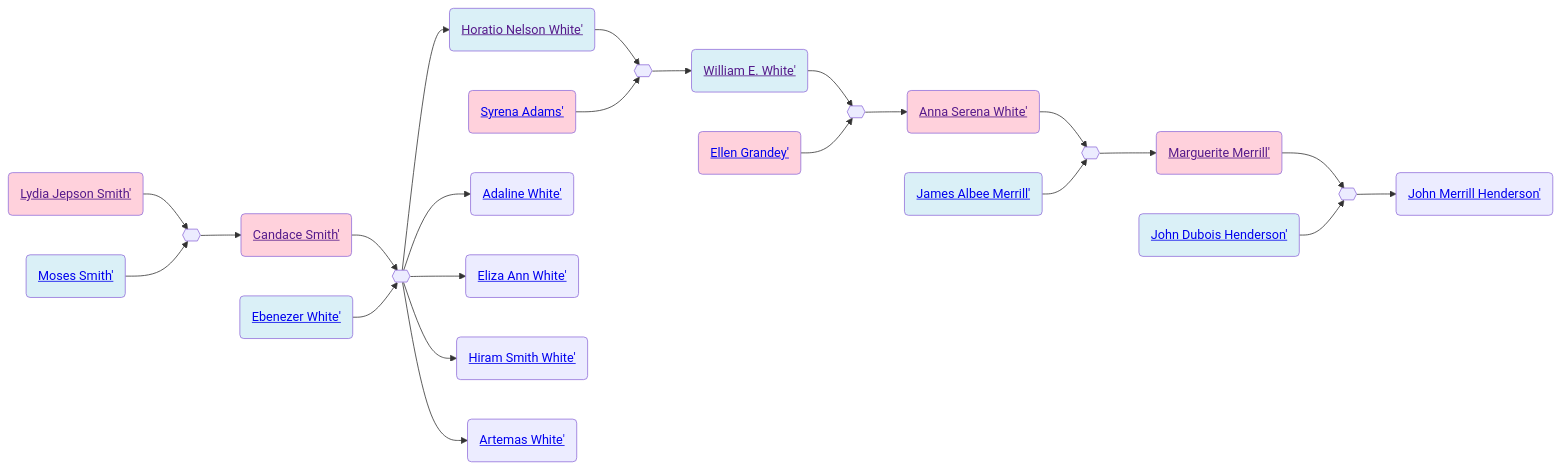
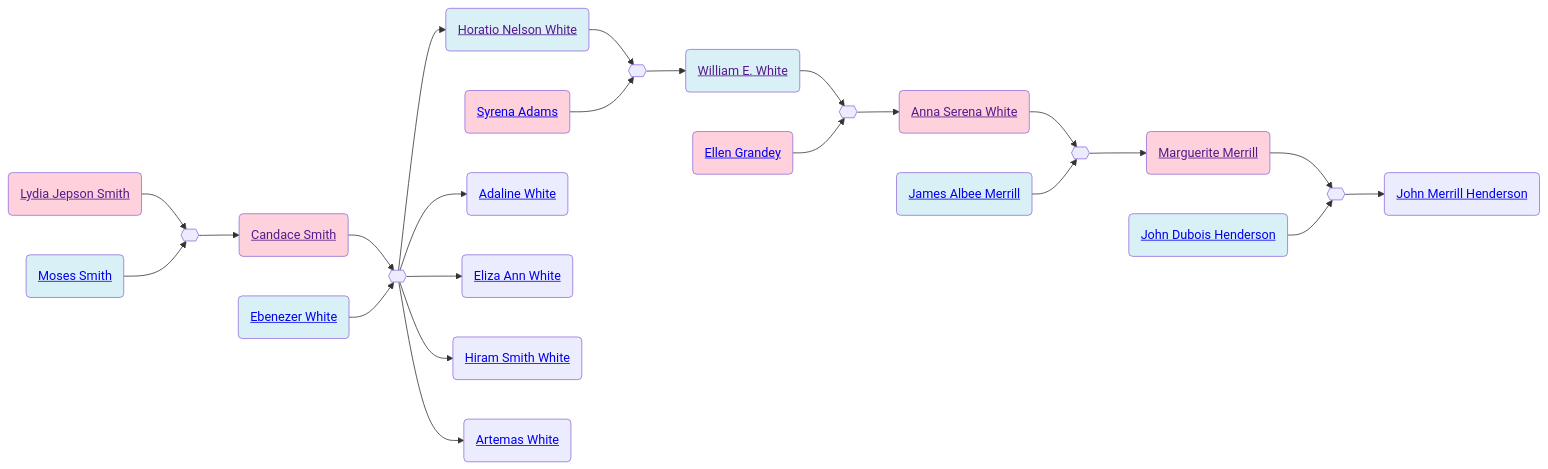
The second of 2 diagrams in familyhistory/sources/people/Merrill-line/White-line/Candace-Smith-line/Lydia_Jepson_Smith.qmd (neelsmith/avocational), drawn with Mermaid before and after one commit. The commit also changed other lines of this file and 96 other files, not shown here.

````diff
--- a/familyhistory/sources/people/Merrill-line/White-line/Candace-Smith-line/Lydia_Jepson_Smith.qmd
+++ b/familyhistory/sources/people/Merrill-line/White-line/Candace-Smith-line/Lydia_Jepson_Smith.qmd
@@ -47,56 +47,56 @@
 ```{mermaid}
 graph LR
 %% LR descendant diagram
 class Lydia_Jepson_Smith_and_Moses_Smith marriage
-Lydia_Jepson_Smith(<a href=''>Lydia Jepson Smith'</>) --> Lydia_Jepson_Smith_and_Moses_Smith{{ }}
-Moses_Smith(<a href='./../../../Moses_Smith_connections/Moses_Smith.html'>Moses Smith'</>) --> Lydia_Jepson_Smith_and_Moses_Smith{{ }}
+Lydia_Jepson_Smith(<a href=''>Lydia Jepson Smith</a>) --> Lydia_Jepson_Smith_and_Moses_Smith{{ }}
+Moses_Smith(<a href='./../../../Moses_Smith_connections/Moses_Smith.html'>Moses Smith</a>) --> Lydia_Jepson_Smith_and_Moses_Smith{{ }}
 class Moses_Smith father
 class Lydia_Jepson_Smith mother
-Lydia_Jepson_Smith_and_Moses_Smith{{ }} --> Candace_Smith(<a href='./Candace_Smith.html'>Candace Smith'</>)
+Lydia_Jepson_Smith_and_Moses_Smith{{ }} --> Candace_Smith(<a href='./Candace_Smith.html'>Candace Smith</a>)
 class Candace_Smith_and_Ebenezer_White marriage
-Candace_Smith(<a href=''>Candace Smith'</>) --> Candace_Smith_and_Ebenezer_White{{ }}
-Ebenezer_White(<a href='./../Ebenezer_White.html'>Ebenezer White'</>) --> Candace_Smith_and_Ebenezer_White{{ }}
+Candace_Smith(<a href=''>Candace Smith</a>) --> Candace_Smith_and_Ebenezer_White{{ }}
+Ebenezer_White(<a href='./../Ebenezer_White.html'>Ebenezer White</a>) --> Candace_Smith_and_Ebenezer_White{{ }}
 class Ebenezer_White father
 class Candace_Smith mother
-Candace_Smith_and_Ebenezer_White{{ }} --> Horatio_Nelson_White(<a href='./../Horatio_Nelson_White.html'>Horatio Nelson White'</>)
+Candace_Smith_and_Ebenezer_White{{ }} --> Horatio_Nelson_White(<a href='./../Horatio_Nelson_White.html'>Horatio Nelson White</a>)
 class Horatio_Nelson_White_and_Syrena_Adams marriage
-Horatio_Nelson_White(<a href=''>Horatio Nelson White'</>) --> Horatio_Nelson_White_and_Syrena_Adams{{ }}
-Syrena_Adams(<a href='./Syrena_Adams.html'>Syrena Adams'</>) --> Horatio_Nelson_White_and_Syrena_Adams{{ }}
+Horatio_Nelson_White(<a href=''>Horatio Nelson White</a>) --> Horatio_Nelson_White_and_Syrena_Adams{{ }}
+Syrena_Adams(<a href='./Syrena_Adams.html'>Syrena Adams</a>) --> Horatio_Nelson_White_and_Syrena_Adams{{ }}
 class Horatio_Nelson_White father
 class Syrena_Adams mother
-Horatio_Nelson_White_and_Syrena_Adams{{ }} --> William_E._White(<a href='./William_E._White.html'>William E. White'</>)
+Horatio_Nelson_White_and_Syrena_Adams{{ }} --> William_E._White(<a href='./William_E._White.html'>William E. White</a>)
 class William_E._White_and_Ellen_Grandey marriage
-William_E._White(<a href=''>William E. White'</>) --> William_E._White_and_Ellen_Grandey{{ }}
-Ellen_Grandey(<a href='./../Grandey-line/Ellen_Grandey.html'>Ellen Grandey'</>) --> William_E._White_and_Ellen_Grandey{{ }}
+William_E._White(<a href=''>William E. White</a>) --> William_E._White_and_Ellen_Grandey{{ }}
+Ellen_Grandey(<a href='./../Grandey-line/Ellen_Grandey.html'>Ellen Grandey</a>) --> William_E._White_and_Ellen_Grandey{{ }}
 class William_E._White father
 class Ellen_Grandey mother
-William_E._White_and_Ellen_Grandey{{ }} --> Anna_Serena_White(<a href='./Anna_Serena_White.html'>Anna Serena White'</>)
+William_E._White_and_Ellen_Grandey{{ }} --> Anna_Serena_White(<a href='./Anna_Serena_White.html'>Anna Serena White</a>)
 class Anna_Serena_White_and_James_Albee_Merrill marriage
-Anna_Serena_White(<a href=''>Anna Serena White'</>) --> Anna_Serena_White_and_James_Albee_Merrill{{ }}
-James_Albee_Merrill(<a href='./../James_Albee_Merrill.html'>James Albee Merrill'</>) --> Anna_Serena_White_and_James_Albee_Merrill{{ }}
+Anna_Serena_White(<a href=''>Anna Serena White</a>) --> Anna_Serena_White_and_James_Albee_Merrill{{ }}
+James_Albee_Merrill(<a href='./../James_Albee_Merrill.html'>James Albee Merrill</a>) --> Anna_Serena_White_and_James_Albee_Merrill{{ }}
 class James_Albee_Merrill father
 class Anna_Serena_White mother
-Anna_Serena_White_and_James_Albee_Merrill{{ }} --> Marguerite_Merrill(<a href='./../Marguerite_Merrill.html'>Marguerite Merrill'</>)
+Anna_Serena_White_and_James_Albee_Merrill{{ }} --> Marguerite_Merrill(<a href='./../Marguerite_Merrill.html'>Marguerite Merrill</a>)
 class Marguerite_Merrill_and_John_Dubois_Henderson marriage
-Marguerite_Merrill(<a href=''>Marguerite Merrill'</>) --> Marguerite_Merrill_and_John_Dubois_Henderson{{ }}
-John_Dubois_Henderson(<a href='./../Henderson-line/John_Dubois_Henderson.html'>John Dubois Henderson'</>) --> Marguerite_Merrill_and_John_Dubois_Henderson{{ }}
+Marguerite_Merrill(<a href=''>Marguerite Merrill</a>) --> Marguerite_Merrill_and_John_Dubois_Henderson{{ }}
+John_Dubois_Henderson(<a href='./../Henderson-line/John_Dubois_Henderson.html'>John Dubois Henderson</a>) --> Marguerite_Merrill_and_John_Dubois_Henderson{{ }}
 class John_Dubois_Henderson father
 class Marguerite_Merrill mother
-Marguerite_Merrill_and_John_Dubois_Henderson{{ }} --> John_Merrill_Henderson(<a href='./../Henderson-line/John_Merrill_Henderson.html'>John Merrill Henderson'</>)
+Marguerite_Merrill_and_John_Dubois_Henderson{{ }} --> John_Merrill_Henderson(<a href='./../Henderson-line/John_Merrill_Henderson.html'>John Merrill Henderson</a>)
 class Ebenezer_White father
 class Candace_Smith mother
-Candace_Smith_and_Ebenezer_White{{ }} --> Adaline_White(<a href='./../Adaline_White.html'>Adaline White'</>)
+Candace_Smith_and_Ebenezer_White{{ }} --> Adaline_White(<a href='./../Adaline_White.html'>Adaline White</a>)
 class Ebenezer_White father
 class Candace_Smith mother
-Candace_Smith_and_Ebenezer_White{{ }} --> Eliza_Ann_White(<a href='./../Eliza_Ann_White.html'>Eliza Ann White'</>)
+Candace_Smith_and_Ebenezer_White{{ }} --> Eliza_Ann_White(<a href='./../Eliza_Ann_White.html'>Eliza Ann White</a>)
 class Ebenezer_White father
 class Candace_Smith mother
-Candace_Smith_and_Ebenezer_White{{ }} --> Hiram_Smith_White(<a href='./../Hiram_Smith_White.html'>Hiram Smith White'</>)
+Candace_Smith_and_Ebenezer_White{{ }} --> Hiram_Smith_White(<a href='./../Hiram_Smith_White.html'>Hiram Smith White</a>)
 class Ebenezer_White father
 class Candace_Smith mother
-Candace_Smith_and_Ebenezer_White{{ }} --> Artemas_White(<a href='./../Artemas_White.html'>Artemas White'</>)
+Candace_Smith_and_Ebenezer_White{{ }} --> Artemas_White(<a href='./../Artemas_White.html'>Artemas White</a>)
 classDef mother fill:#ffd1dc
 classDef father fill:#daf0f7  
 classDef marriage fill:#ffffff
 
 ```
````
